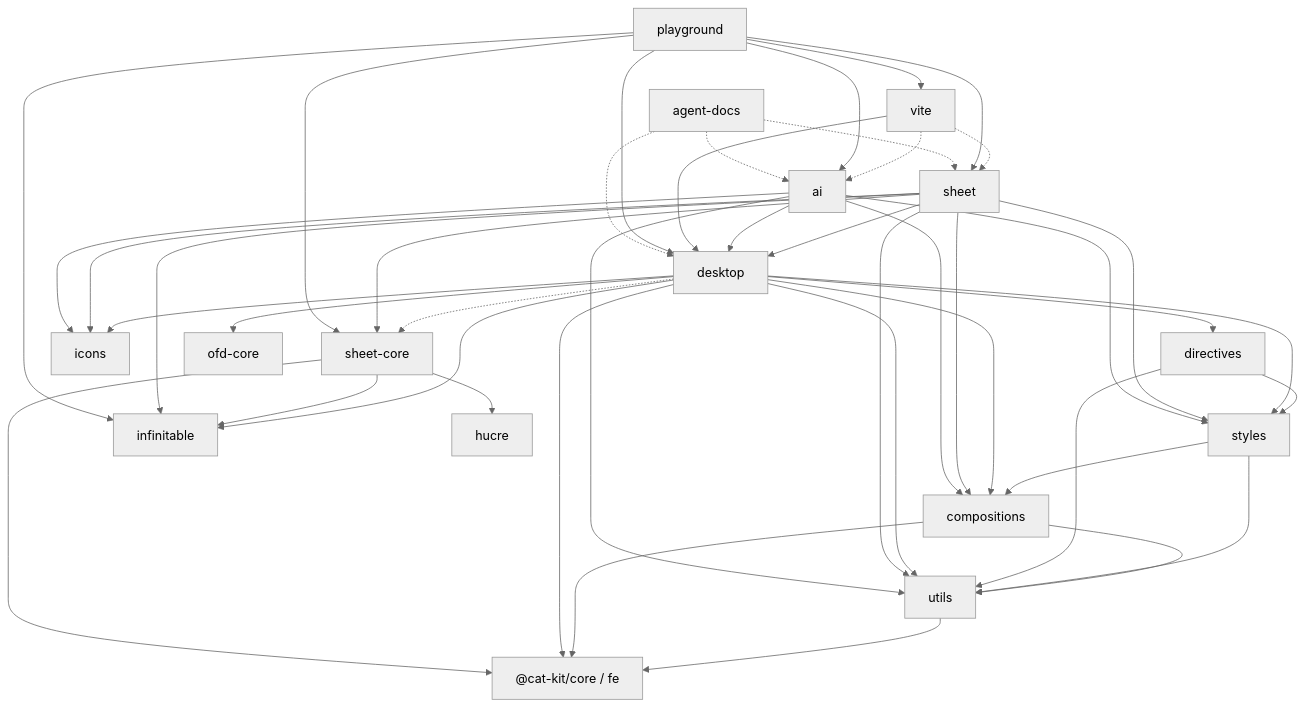
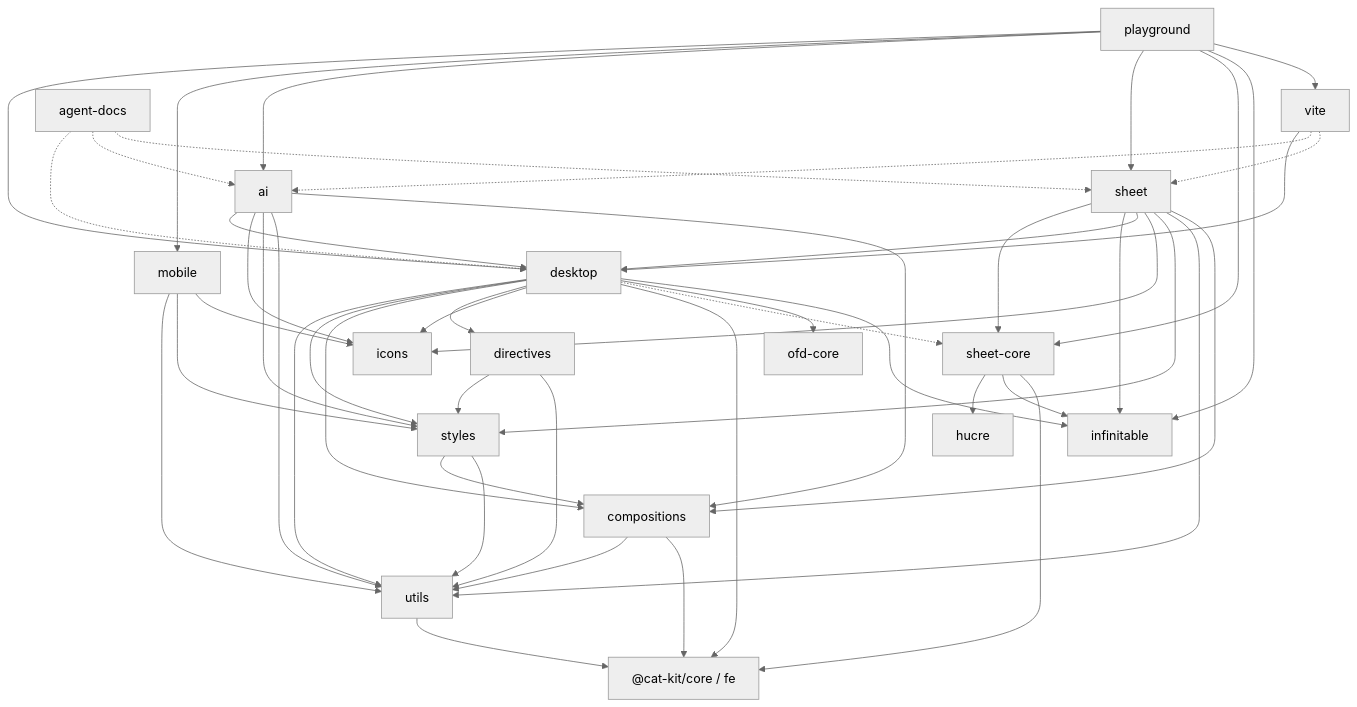
One commit to cabinet-fe/ultra-ui changed the diagram in .agents/docs/CODE-MAP.md. Above: the diagram before and after it, drawn with Mermaid (neutral theme). The commit also changed other lines of this file and 13 other files, not shown here.

````diff
--- a/.agents/docs/CODE-MAP.md
+++ b/.agents/docs/CODE-MAP.md
@@ -58,61 +58,66 @@
 ```mermaid
 graph TD
   catkit["@cat-kit/core / fe"]
   utils["utils"]
   compositions["compositions"]
   styles["styles"]
   directives["directives"]
   icons["icons"]
   desktop["desktop"]
   sheetCore["sheet-core"]
   sheet["sheet"]
   ai["ai"]
   ofdCore["ofd-core"]
   vitePkg["vite"]
+  mobile["mobile"]
   playground["playground"]
   agentDocs["agent-docs"]
 
   utils --> catkit
   compositions --> utils
   compositions --> catkit
   styles --> compositions
   styles --> utils
   directives --> styles
   directives --> utils
   desktop --> utils
   desktop --> styles
   desktop --> compositions
   desktop --> directives
   desktop --> icons
   desktop --> catkit
   desktop -.-> sheetCore
   desktop --> ofdCore
   desktop --> infTable["infinitable"]
   sheetCore --> hucre["hucre"]
   sheetCore --> infTable
   sheetCore --> catkit
   sheet --> sheetCore
   sheet --> infTable
   sheet --> desktop
   sheet --> icons
   sheet --> styles
   sheet --> utils
   sheet --> compositions
   ai --> desktop
   ai --> icons
   ai --> styles
   ai --> utils
   ai --> compositions
+  mobile --> utils
+  mobile --> styles
+  mobile --> icons
   vitePkg --> desktop
   vitePkg -.-> ai
   vitePkg -.-> sheet
   playground --> desktop
+  playground --> mobile
   playground --> ai
   playground --> sheet
   playground --> sheetCore
   playground --> infTable
   playground --> vitePkg
   agentDocs -.-> desktop
   agentDocs -.-> ai
   agentDocs -.-> sheet
 ```
````
